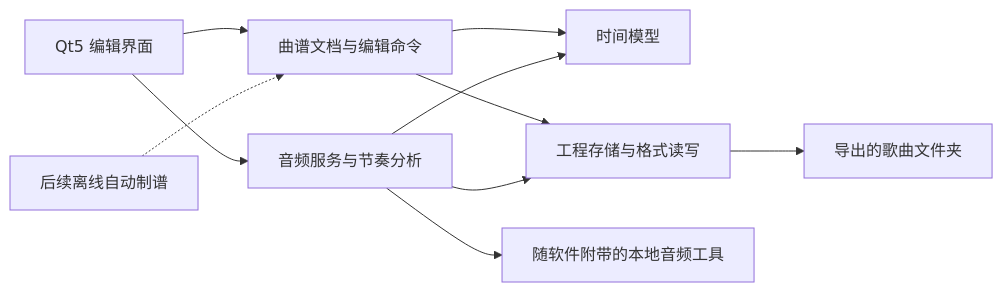
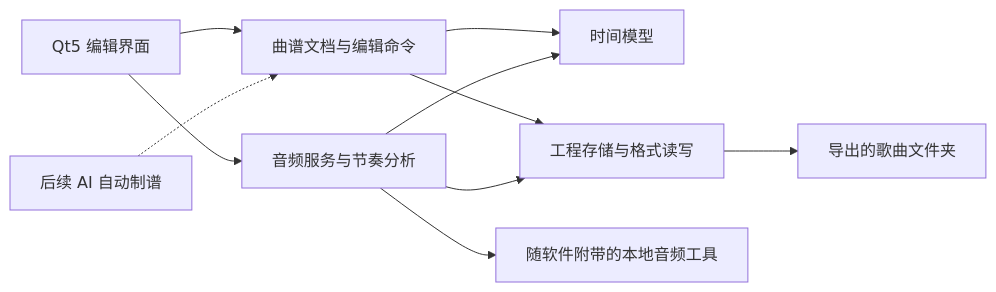
Before and after one commit to Vae-x/Lightsaber-Musical-Score-Creation: the diagram in docs/首版需求与架构.md, drawn with Mermaid. The commit also changed other lines of this file and 28 other files, not shown here.

````diff
--- a/docs/首版需求与架构.md
+++ b/docs/首版需求与架构.md
@@ -101,12 +101,12 @@
 ```mermaid
 flowchart LR
     UI[Qt5 编辑界面] --> DOC[曲谱文档与编辑命令]
     UI --> AUDIO[音频服务与节奏分析]
     DOC --> TIME[时间模型]
     AUDIO --> TIME
     DOC --> STORE[工程存储与格式读写]
     AUDIO --> STORE
     AUDIO --> TOOL[随软件附带的本地音频工具]
     STORE --> OUT[导出的歌曲文件夹]
-    FUTURE[后续离线自动制谱] -.-> DOC
+    FUTURE[后续 AI 自动制谱] -.-> DOC
 ```
````
